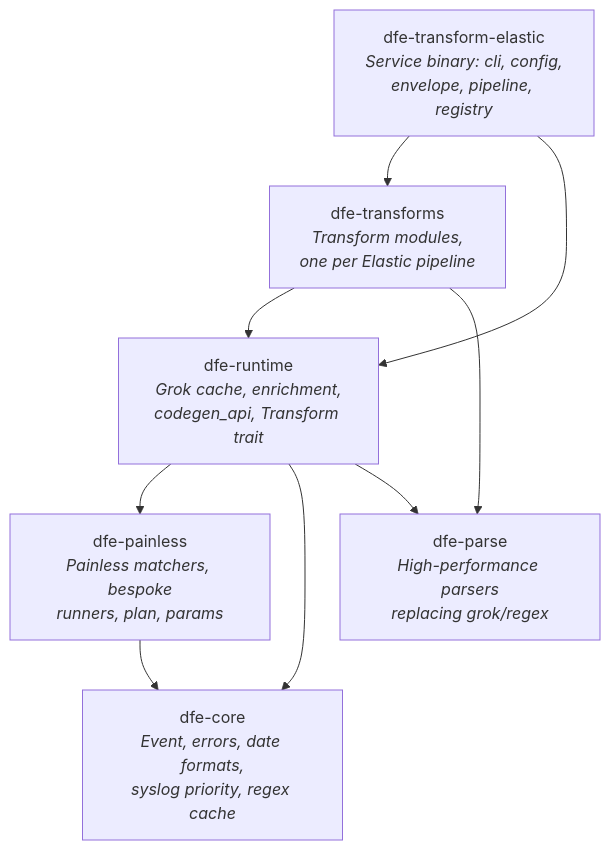
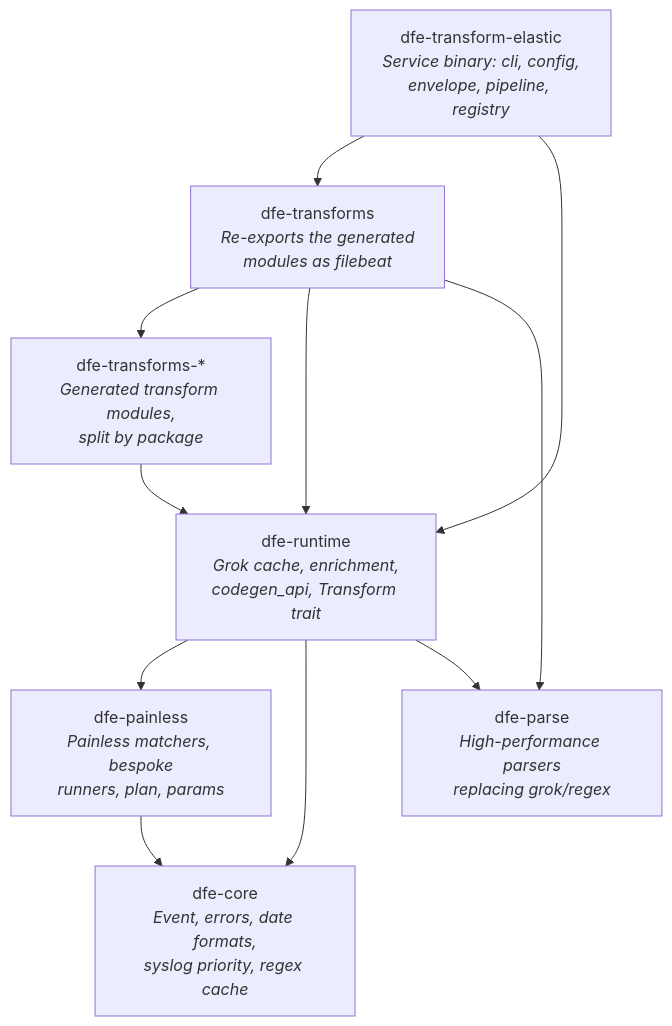
Before and after one commit to hyperi-io/dfe-transform-elastic: the second of 5 diagrams in docs/architecture.md, drawn with Mermaid. The commit also changed other lines of this file and 794 other files, not shown here.

````diff
--- a/docs/architecture.md
+++ b/docs/architecture.md
@@ -63,18 +63,21 @@
 ```mermaid
 flowchart TD
     service[dfe-transform-elastic<br/><i>Service binary: cli, config,<br/>envelope, pipeline, registry</i>]
-    transforms[dfe-transforms<br/><i>Transform modules,<br/>one per Elastic pipeline</i>]
+    transforms[dfe-transforms<br/><i>Re-exports the generated<br/>modules as filebeat</i>]
+    generated[dfe-transforms-*<br/><i>Generated transform modules,<br/>split by package</i>]
     runtime[dfe-runtime<br/><i>Grok cache, enrichment,<br/>codegen_api, Transform trait</i>]
     painless[dfe-painless<br/><i>Painless matchers, bespoke<br/>runners, plan, params</i>]
     core[dfe-core<br/><i>Event, errors, date formats,<br/>syslog priority, regex cache</i>]
     parse[dfe-parse<br/><i>High-performance parsers<br/>replacing grok/regex</i>]
 
     service --> transforms
     service --> runtime
+    transforms --> generated
     transforms --> runtime
+    generated --> runtime
     transforms --> parse
     runtime --> painless
     runtime --> core
     runtime --> parse
     painless --> core
 ```
````
